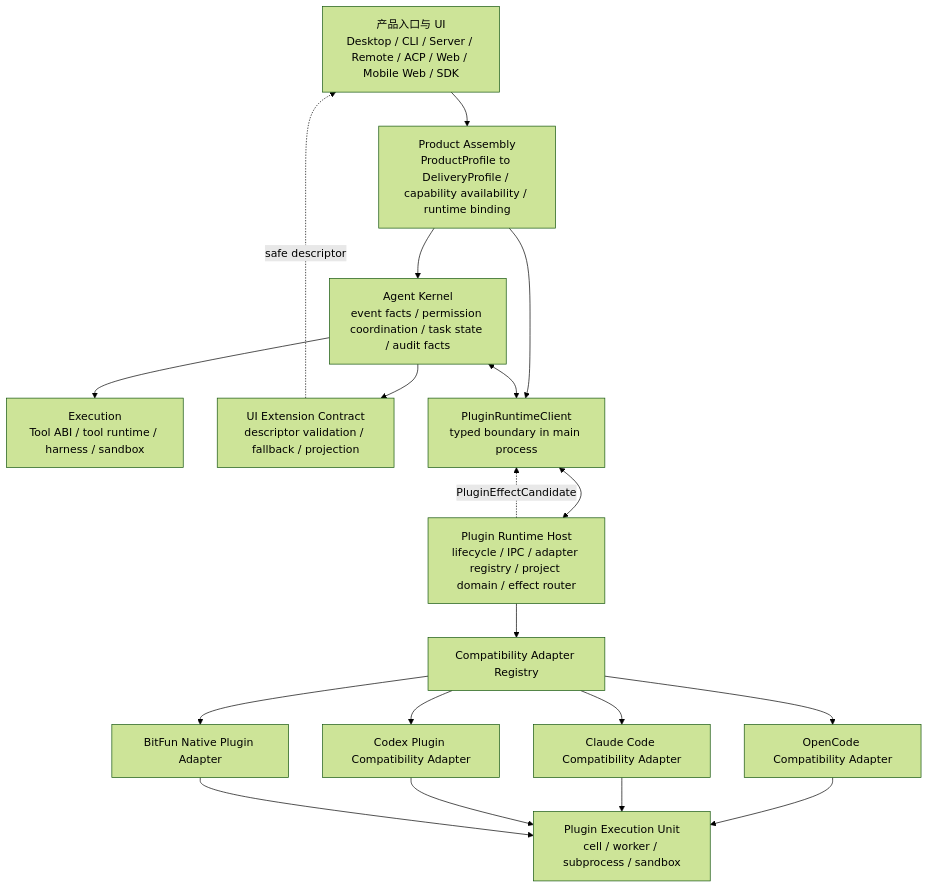
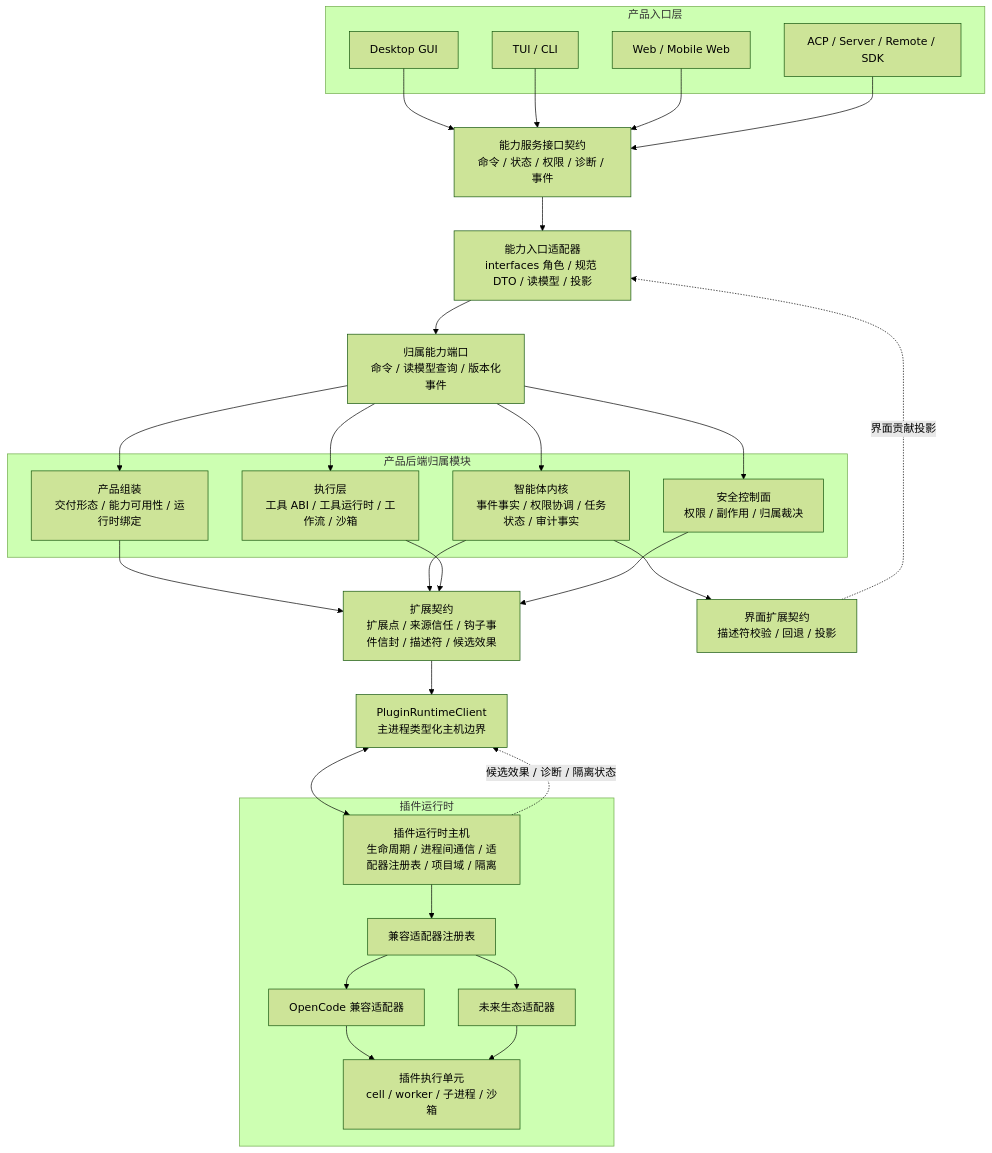
The first of 4 diagrams in docs/architecture/plugin-runtime-host-design.md (1688mengdie/BitFun), drawn with Mermaid (forest theme) before and after one commit. The commit also changed other lines of this file and 32 other files, not shown here.

Commit message:
feat(plugin): add P0 runtime host boundary

````diff
--- a/docs/architecture/plugin-runtime-host-design.md
+++ b/docs/architecture/plugin-runtime-host-design.md
@@ -65,35 +79,60 @@
 ```mermaid
 flowchart TB
-  Surface["产品入口与 UI<br/>Desktop / CLI / Server / Remote / ACP / Web / Mobile Web / SDK"]
-  Assembly["Product Assembly<br/>ProductProfile to DeliveryProfile / capability availability / runtime binding"]
-  Kernel["Agent Kernel<br/>event facts / permission coordination / task state / audit facts"]
-  Execution["Execution<br/>Tool ABI / tool runtime / harness / sandbox"]
-  UIExt["UI Extension Contract<br/>descriptor validation / fallback / projection"]
-  Client["PluginRuntimeClient<br/>typed boundary in main process"]
-  Host["Plugin Runtime Host<br/>lifecycle / IPC / adapter registry / project domain / effect router"]
-  Registry["Compatibility Adapter Registry"]
-  OpenCode["OpenCode Compatibility Adapter"]
-  Claude["Claude Code Compatibility Adapter"]
-  Codex["Codex Plugin Compatibility Adapter"]
-  Native["BitFun Native Plugin Adapter"]
-  Unit["Plugin Execution Unit<br/>cell / worker / subprocess / sandbox"]
+  subgraph SurfaceLayer["产品入口层"]
+    Desktop["Desktop GUI"]
+    TUI["TUI / CLI"]
+    Web["Web / Mobile Web"]
+    ACP["ACP / Server / Remote / SDK"]
+  end
 
-  Surface --> Assembly
-  Assembly --> Kernel
-  Assembly --> Client
-  Kernel --> Execution
+  ServerAPI["能力服务接口契约<br/>命令 / 状态 / 权限 / 诊断 / 事件"]
+  SurfaceAdapter["能力入口适配器<br/>interfaces 角色 / 规范 DTO / 读模型 / 投影"]
+  BackendPorts["归属能力端口<br/>命令 / 读模型查询 / 版本化事件"]
+
+  subgraph Backend["产品后端归属模块"]
+    Assembly["产品组装<br/>交付形态 / 能力可用性 / 运行时绑定"]
+    Kernel["智能体内核<br/>事件事实 / 权限协调 / 任务状态 / 审计事实"]
+    Execution["执行层<br/>工具 ABI / 工具运行时 / 工作流 / 沙箱"]
+    Security["安全控制面<br/>权限 / 副作用 / 归属裁决"]
+  end
+
+  ExtensionAPI["扩展契约<br/>扩展点 / 来源信任 / 钩子事件信封 / 描述符 / 候选效果"]
+  UIExt["界面扩展契约<br/>描述符校验 / 回退 / 投影"]
+  Client["PluginRuntimeClient<br/>主进程类型化主机边界"]
+
+  subgraph HostLayer["插件运行时"]
+    Host["插件运行时主机<br/>生命周期 / 进程间通信 / 适配器注册表 / 项目域 / 隔离"]
+    Registry["兼容适配器注册表"]
+    OpenCode["OpenCode 兼容适配器"]
+    Future["未来生态适配器"]
+    Unit["插件执行单元<br/>cell / worker / 子进程 / 沙箱"]
+  end
+
+  Desktop --> ServerAPI
+  TUI --> ServerAPI
+  Web --> ServerAPI
+  ACP --> ServerAPI
+
+  ServerAPI --> SurfaceAdapter
+  SurfaceAdapter --> BackendPorts
+  BackendPorts --> Assembly
+  BackendPorts --> Kernel
+  BackendPorts --> Execution
+  BackendPorts --> Security
+
+  Assembly --> ExtensionAPI
+  Kernel --> ExtensionAPI
+  Execution --> ExtensionAPI
+  Security --> ExtensionAPI
   Kernel --> UIExt
-  Kernel <--> Client
+  UIExt -. "界面贡献投影" .-> SurfaceAdapter
+
+  ExtensionAPI --> Client
   Client <--> Host
   Host --> Registry
   Registry --> OpenCode
-  Registry --> Claude
-  Registry --> Codex
-  Registry --> Native
+  Registry --> Future
   OpenCode --> Unit
-  Claude --> Unit
-  Codex --> Unit
-  Native --> Unit
-  Host -. "PluginEffectCandidate" .-> Client
-  UIExt -. "safe descriptor" .-> Surface
+  Future --> Unit
+  Host -. "候选效果 / 诊断 / 隔离状态" .-> Client
 ```
````
